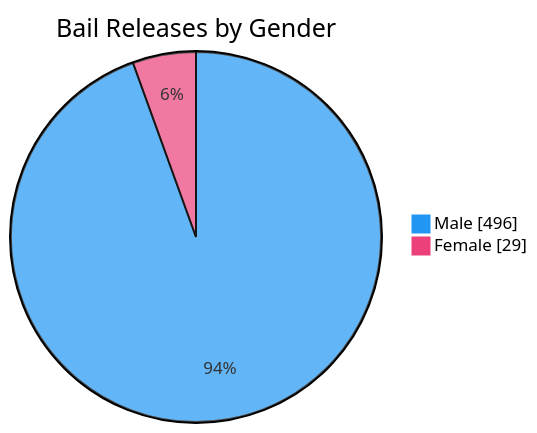
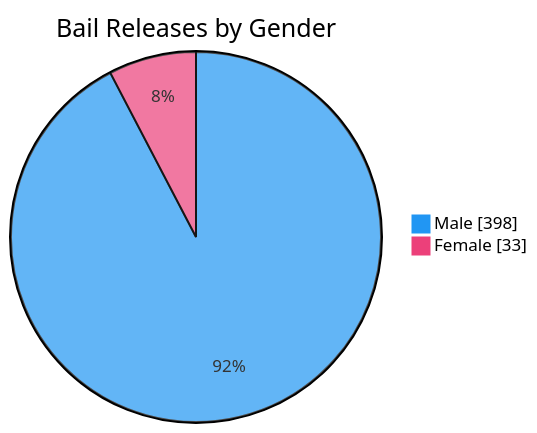
The seventh of 7 diagrams in README.md (nuuuwan/lk_prisons), drawn with Mermaid before and after one commit. The commit also changed other lines of this file and 1 other file, not shown here.

````diff
--- a/README.md
+++ b/README.md
@@ -109,6 +109,6 @@
 ```mermaid
 %%{init: {'themeVariables': {'pie1': '#2196F3', 'pie2': '#EC407A'}}}%%
 pie showData title Bail Releases by Gender
-    "Male" : 496
-    "Female" : 29
+    "Male" : 398
+    "Female" : 33
 ```
````
